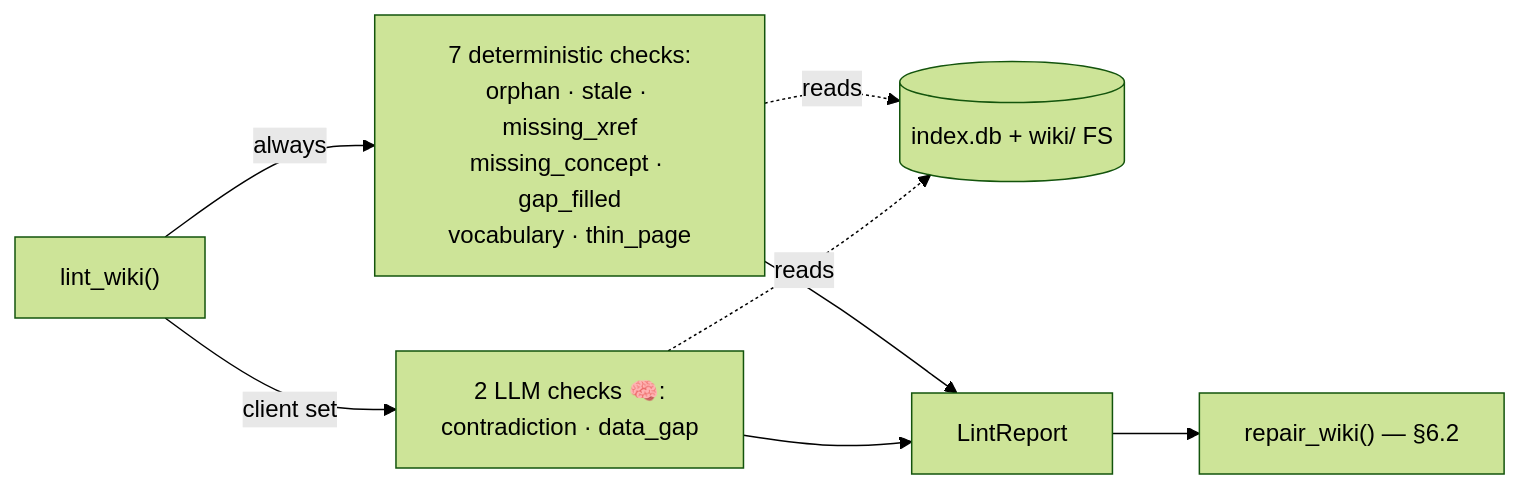
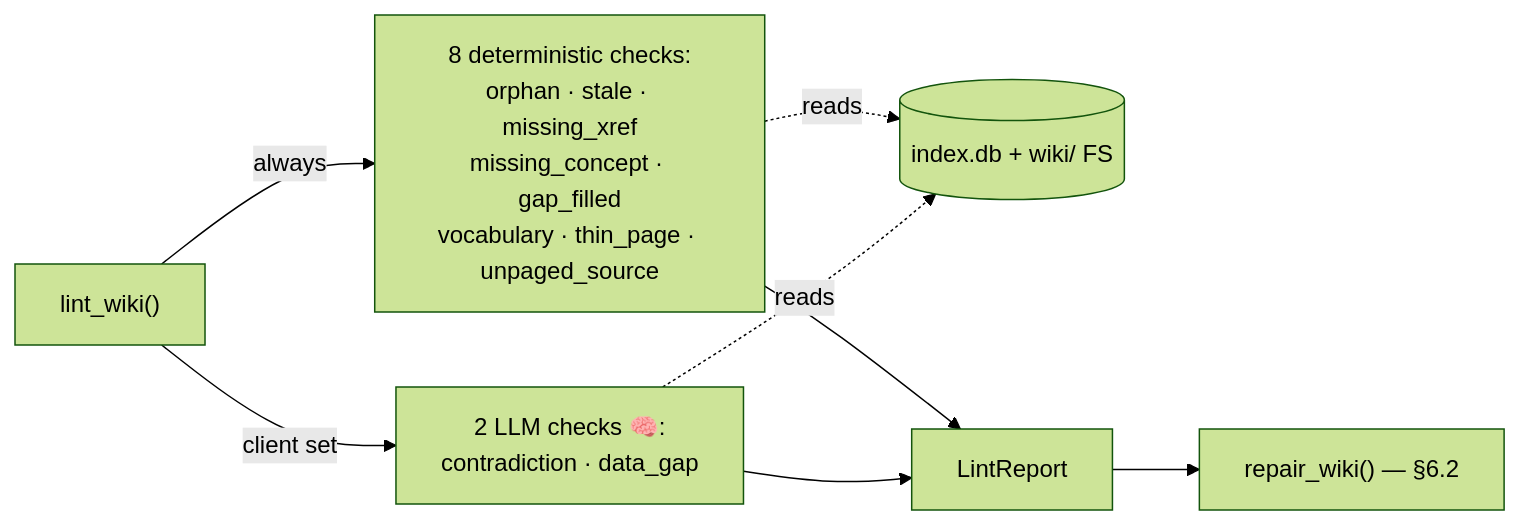
The first of 10 diagrams in docs/manual/workflows.md (Clod/llmwiki-marimo), drawn with Mermaid (forest theme) before and after one commit. The commit also changed other lines of this file and 5 other files, not shown here.

````diff
--- a/docs/manual/workflows.md
+++ b/docs/manual/workflows.md
@@ -104,10 +104,10 @@
 ```mermaid
 flowchart LR
-    L["lint_wiki()"] -->|always| DET["7 deterministic checks:<br/>orphan · stale · missing_xref<br/>missing_concept · gap_filled<br/>vocabulary · thin_page"]
+    L["lint_wiki()"] -->|always| DET["8 deterministic checks:<br/>orphan · stale · missing_xref<br/>missing_concept · gap_filled<br/>vocabulary · thin_page · unpaged_source"]
     L -->|client set| LLM["2 LLM checks 🧠:<br/>contradiction · data_gap"]
     DET -. reads .-> S[("index.db + wiki/ FS")]
     LLM -. reads .-> S
     DET --> RPT["LintReport"]
     LLM --> RPT
     RPT --> RW["repair_wiki() — §6.2"]
 ```
````
